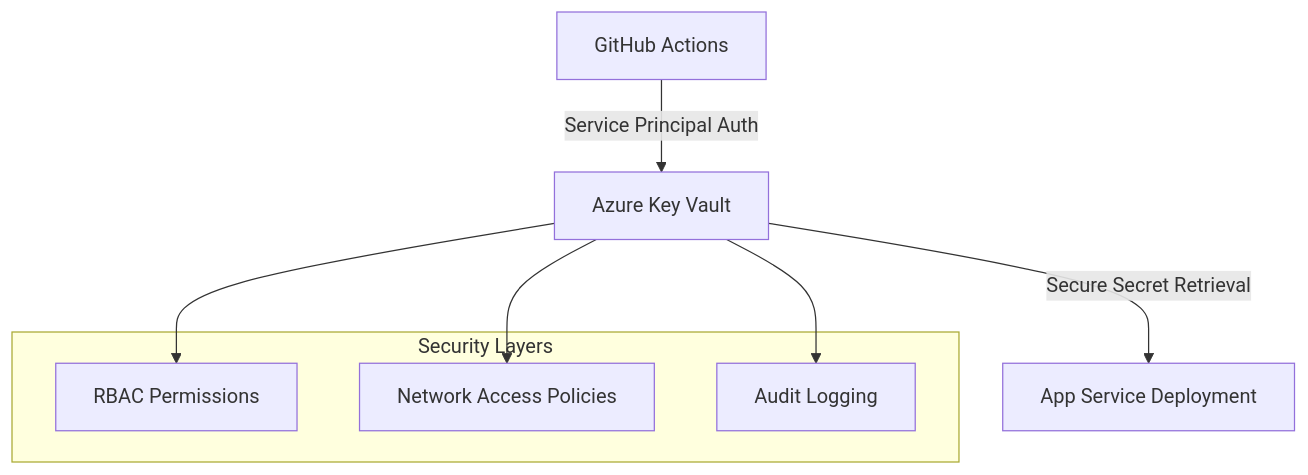
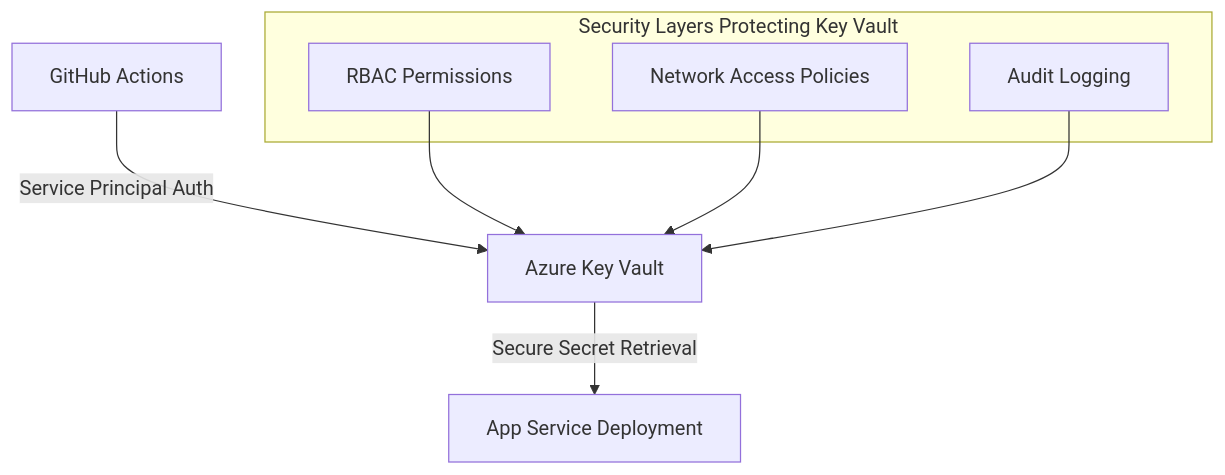
Before and after one commit to YomHubGG/azure-security-mastery: the diagram in azure-security-mastery/05-devsecops-cicd/day23-github-actions-security/README.md, drawn with Mermaid. The commit also changed 1 other file, not shown here.

Commit message:
Fix GitHub Actions security pipeline issues
DevSecOps workflow improvements:
- Updated CodeQL from deprecated v2 to v3
- Added proper security-events permissions for CodeQL scanning
- Enhanced dependency scanning with package-lock.json generation
- Added critical vulnerability blocking for security gates
- Improved error handling and security reporting

Fixes:
✅ CodeQL deprecation warnings resolved
✅ Security permissions properly configured
✅ Dependency scanning compatibility improved
✅ Security-first deployment gates implemented

````diff
--- a/azure-security-mastery/05-devsecops-cicd/day23-github-actions-security/README.md
+++ b/azure-security-mastery/05-devsecops-cicd/day23-github-actions-security/README.md
@@ -319,15 +319,15 @@
 ```mermaid
 graph TB
     A[GitHub Actions] -->|Service Principal Auth| B[Azure Key Vault]
     B -->|Secure Secret Retrieval| C[App Service Deployment]
     
-    subgraph "Security Layers"
+    subgraph "Security Layers Protecting Key Vault"
         D[RBAC Permissions]
         E[Network Access Policies]
         F[Audit Logging]
     end
     
-    B --> D
-    B --> E
-    B --> F
+    D --> B
+    E --> B
+    F --> B
 ```
````
